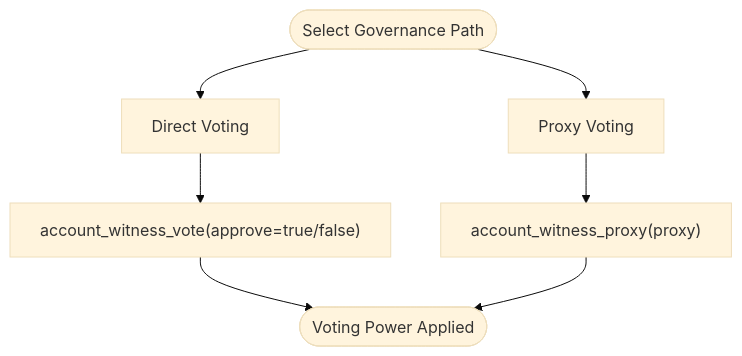
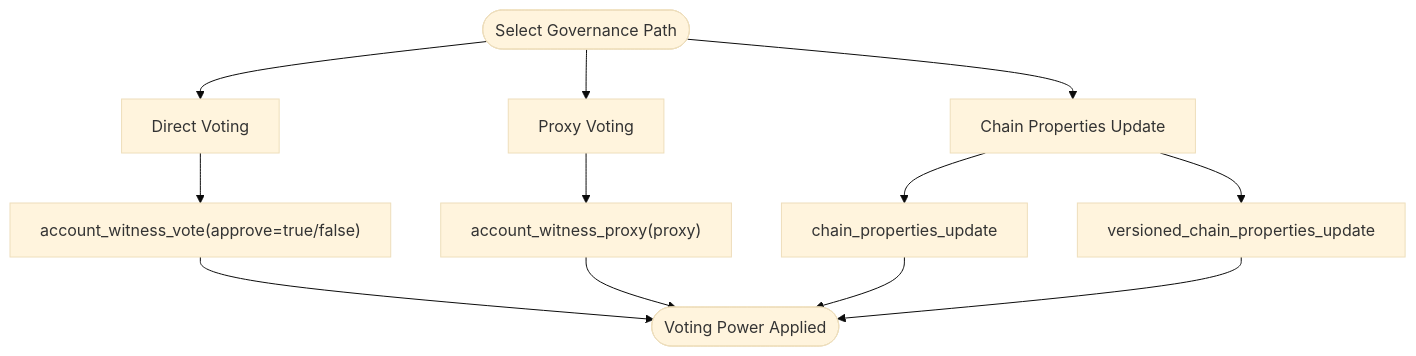
Before and after one commit to VIZ-Blockchain/viz-php-lib: the eighth of 9 diagrams in .qoder/repowiki/en/content/Transaction Management/Operation Types/Governance Operations.md, drawn with Mermaid (base theme). The commit also changed other lines of this file and 9 other files, not shown here.

````diff
--- a/.qoder/repowiki/en/content/Transaction Management/Operation Types/Governance Operations.md
+++ b/.qoder/repowiki/en/content/Transaction Management/Operation Types/Governance Operations.md
@@ -212,9 +257,14 @@
 ```mermaid
 flowchart TD
 Start(["Select Governance Path"]) --> Direct["Direct Voting"]
 Start --> Proxy["Proxy Voting"]
+Start --> ChainProps["Chain Properties Update"]
 Direct --> Vote["account_witness_vote(approve=true/false)"]
 Proxy --> SetProxy["account_witness_proxy(proxy)"]
+ChainProps --> Regular["chain_properties_update"]
+ChainProps --> Versioned["versioned_chain_properties_update"]
 Vote --> End(["Voting Power Applied"])
 SetProxy --> End
+Regular --> End
+Versioned --> End
 ```
````
